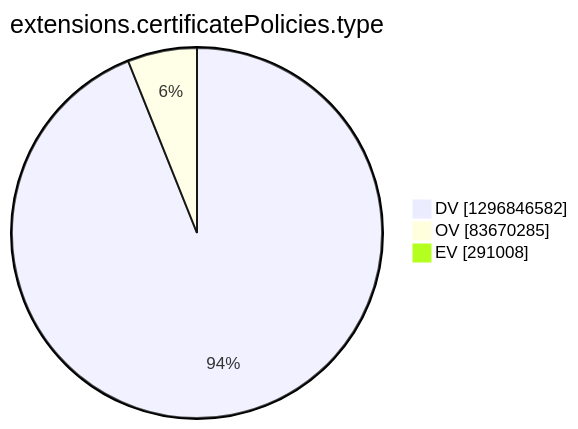
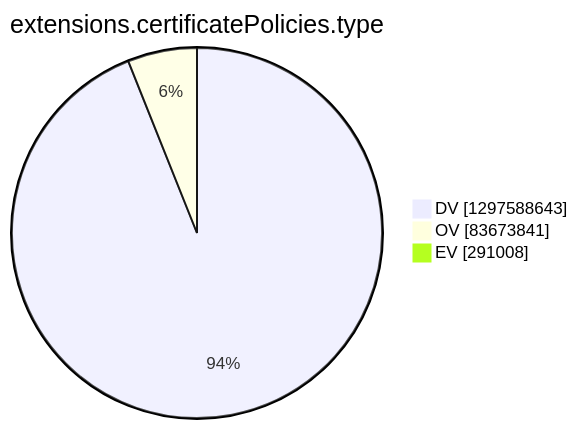
Before and after one commit to christiankrug/ctmonitor_visualization: the tenth of 15 diagrams in argon2022/README.md, drawn with Mermaid. The commit also changed other lines of this file, not shown here.

````diff
--- a/argon2022/README.md
+++ b/argon2022/README.md
@@ -2772,7 +2772,7 @@
 ```mermaid
 pie showData
 title extensions.certificatePolicies.type
-"DV" :1296846582
-"OV" :83670285
+"DV" :1297588643
+"OV" :83673841
 "EV" :291008
 ```
````
